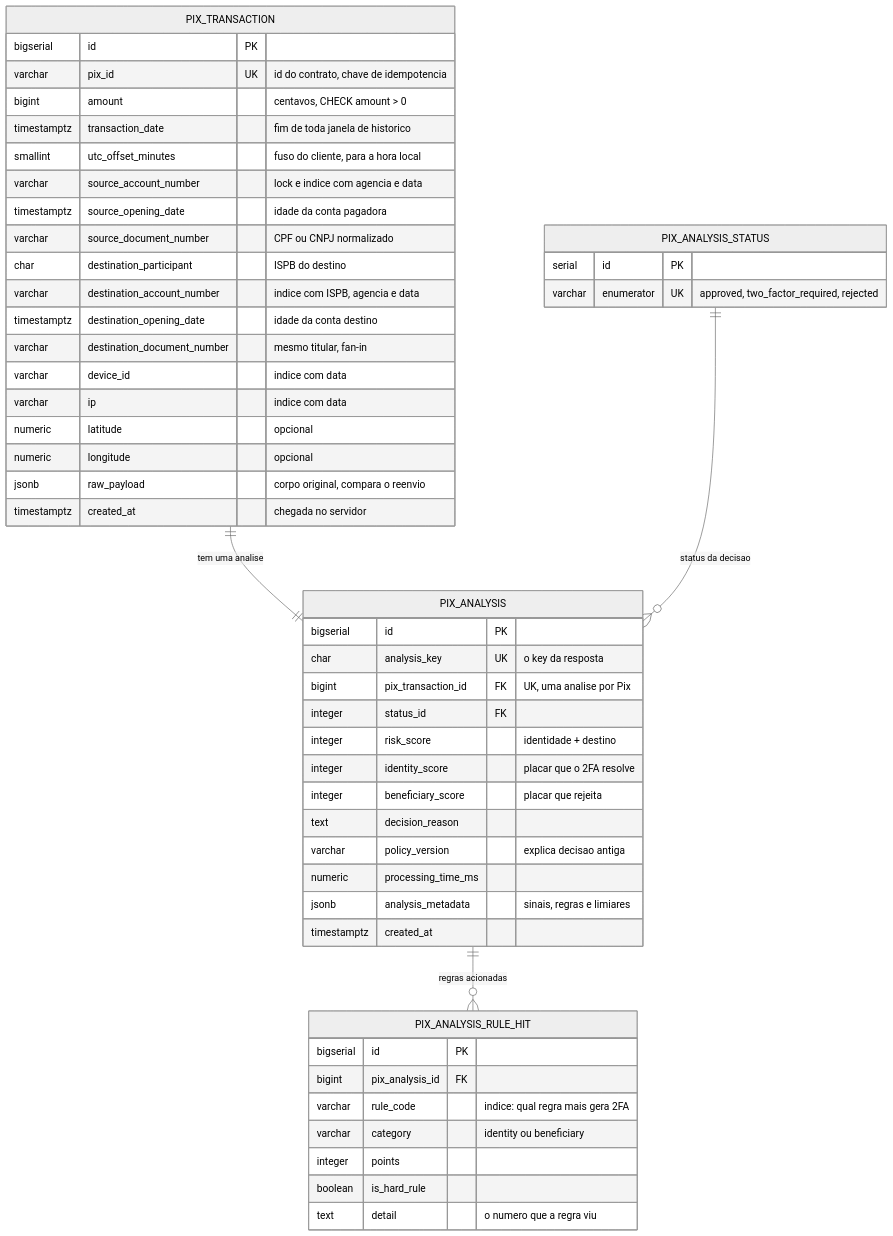
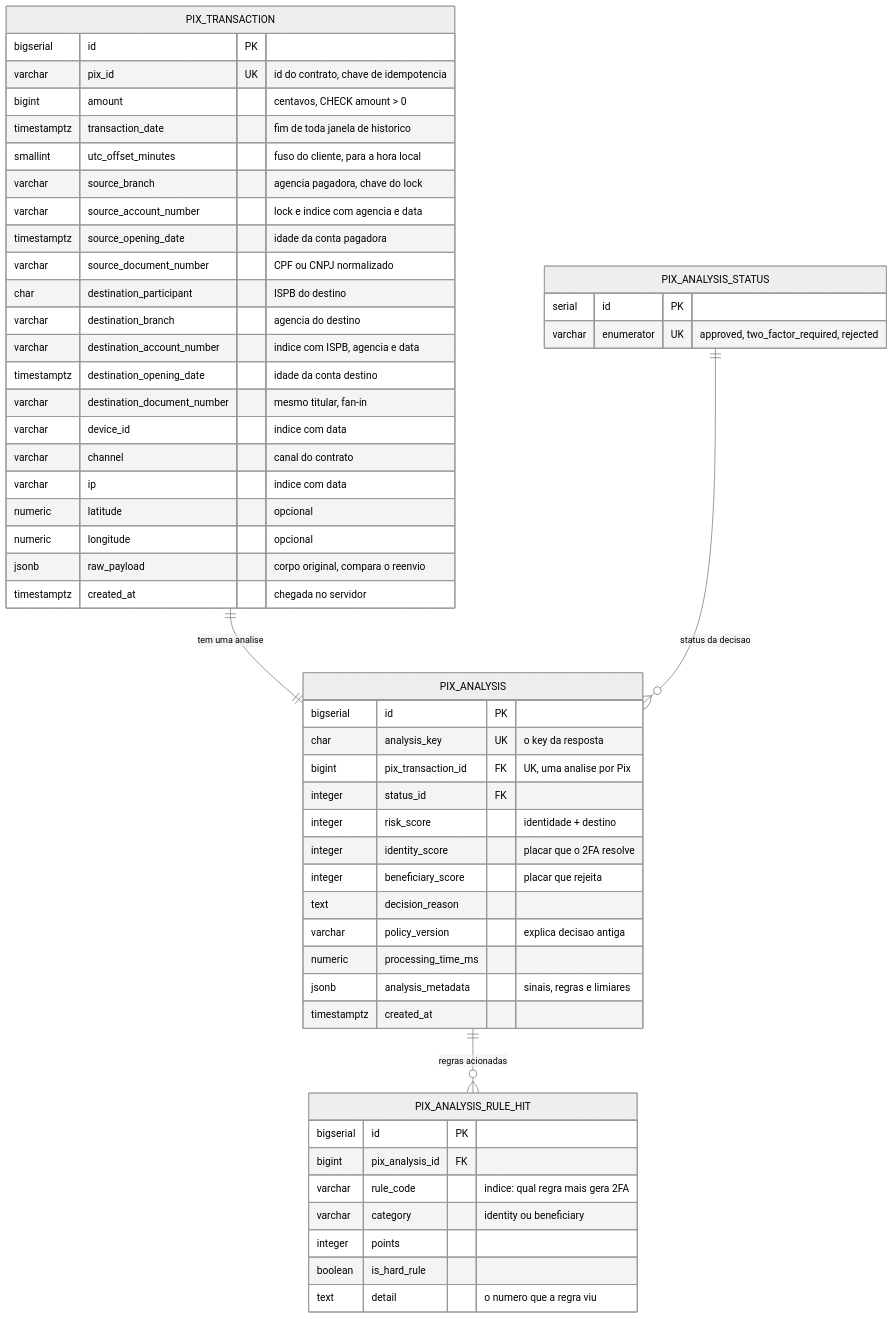
Before and after one commit to victor-kazu/hackathon-qi26-pixrepo: the first of 3 diagrams in docs/rfc/RFC-antifraude-pix.md, drawn with Mermaid (neutral theme). The commit also changed other lines of this file and 2 other files, not shown here.

````diff
--- a/docs/rfc/RFC-antifraude-pix.md
+++ b/docs/rfc/RFC-antifraude-pix.md
@@ -59,54 +59,57 @@
 ```mermaid
 erDiagram
     PIX_TRANSACTION ||--|| PIX_ANALYSIS : "tem uma analise"
     PIX_ANALYSIS_STATUS ||--o{ PIX_ANALYSIS : "status da decisao"
     PIX_ANALYSIS ||--o{ PIX_ANALYSIS_RULE_HIT : "regras acionadas"
 
     PIX_TRANSACTION {
         bigserial id PK
         varchar pix_id UK "id do contrato, chave de idempotencia"
         bigint amount "centavos, CHECK amount > 0"
         timestamptz transaction_date "fim de toda janela de historico"
         smallint utc_offset_minutes "fuso do cliente, para a hora local"
+        varchar source_branch "agencia pagadora, chave do lock"
         varchar source_account_number "lock e indice com agencia e data"
         timestamptz source_opening_date "idade da conta pagadora"
         varchar source_document_number "CPF ou CNPJ normalizado"
         char destination_participant "ISPB do destino"
+        varchar destination_branch "agencia do destino"
         varchar destination_account_number "indice com ISPB, agencia e data"
         timestamptz destination_opening_date "idade da conta destino"
         varchar destination_document_number "mesmo titular, fan-in"
         varchar device_id "indice com data"
+        varchar channel "canal do contrato"
         varchar ip "indice com data"
         numeric latitude "opcional"
         numeric longitude "opcional"
         jsonb raw_payload "corpo original, compara o reenvio"
         timestamptz created_at "chegada no servidor"
     }
     PIX_ANALYSIS {
         bigserial id PK
         char analysis_key UK "o key da resposta"
         bigint pix_transaction_id FK "UK, uma analise por Pix"
         integer status_id FK
         integer risk_score "identidade + destino"
         integer identity_score "placar que o 2FA resolve"
         integer beneficiary_score "placar que rejeita"
         text decision_reason
         varchar policy_version "explica decisao antiga"
         numeric processing_time_ms
         jsonb analysis_metadata "sinais, regras e limiares"
         timestamptz created_at
     }
     PIX_ANALYSIS_STATUS {
         serial id PK
         varchar enumerator UK "approved, two_factor_required, rejected"
     }
     PIX_ANALYSIS_RULE_HIT {
         bigserial id PK
         bigint pix_analysis_id FK
         varchar rule_code "indice: qual regra mais gera 2FA"
         varchar category "identity ou beneficiary"
         integer points
         boolean is_hard_rule
         text detail "o numero que a regra viu"
     }
 ```
````
